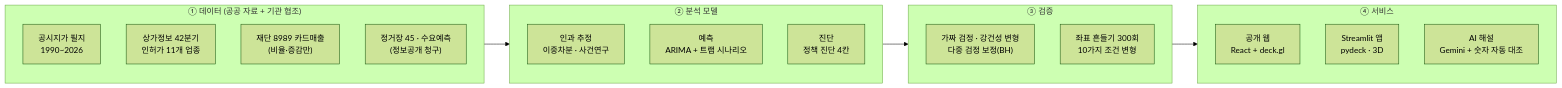
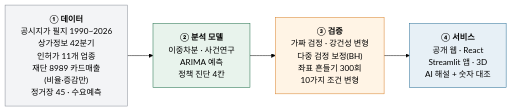
The second of 4 diagrams in README.md (KangSeungWan/Commercial-Area-Analysis), drawn with Mermaid (forest theme) before and after one commit. The commit also changed other lines of this file and 1 other file, not shown here.

Commit message:
README Mermaid 다듬기: 4칸 색, AI 숫자 대조 흐름도, 시스템 구조 간결화

````diff
--- a/README.md
+++ b/README.md
@@ -91,24 +92,12 @@
 ```mermaid
 flowchart LR
-  subgraph D["① 데이터 (공공 자료 + 기관 협조)"]
-    D1["공시지가 필지<br/>1990~2026"]
-    D2["상가정보 42분기<br/>인허가 11개 업종"]
-    D3["재단 8989 카드매출<br/>(비율·증감만)"]
-    D4["정거장 45 · 수요예측<br/>(정보공개 청구)"]
-  end
-  subgraph M["② 분석 모델"]
-    M1["인과 추정<br/>이중차분 · 사건연구"]
-    M2["예측<br/>ARIMA + 트램 시나리오"]
-    M3["진단<br/>정책 진단 4칸"]
-  end
-  subgraph V["③ 검증"]
-    V1["가짜 검정 · 강건성 변형<br/>다중 검정 보정(BH)"]
-    V2["좌표 흔들기 300회<br/>10가지 조건 변형"]
-  end
-  subgraph O["④ 서비스"]
-    O1["공개 웹<br/>React + deck.gl"]
-    O2["Streamlit 앱<br/>pydeck · 3D"]
-    O3["AI 해설<br/>Gemini + 숫자 자동 대조"]
-  end
+  D["<b>① 데이터</b><br/>공시지가 필지 1990~2026<br/>상가정보 42분기<br/>인허가 11개 업종<br/>재단 8989 카드매출<br/>(비율·증감만)<br/>정거장 45 · 수요예측"]
+  M["<b>② 분석 모델</b><br/>이중차분 · 사건연구<br/>ARIMA 예측<br/>정책 진단 4칸"]
+  V["<b>③ 검증</b><br/>가짜 검정 · 강건성 변형<br/>다중 검정 보정(BH)<br/>좌표 흔들기 300회<br/>10가지 조건 변형"]
+  O["<b>④ 서비스</b><br/>공개 웹 · React<br/>Streamlit 앱 · 3D<br/>AI 해설 + 숫자 대조"]
   D --> M --> V --> O
+  style D fill:#f3f4f6,stroke:#8a8f98
+  style M fill:#e8f3ec,stroke:#1f6f4a
+  style V fill:#fff4e5,stroke:#d9822b
+  style O fill:#e7f0f6,stroke:#2a6f97
 ```
````
